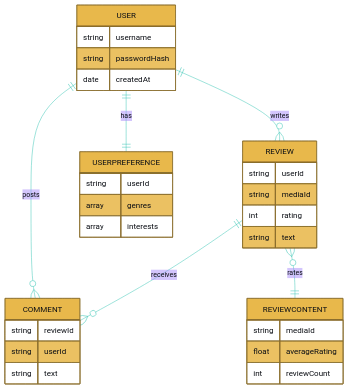
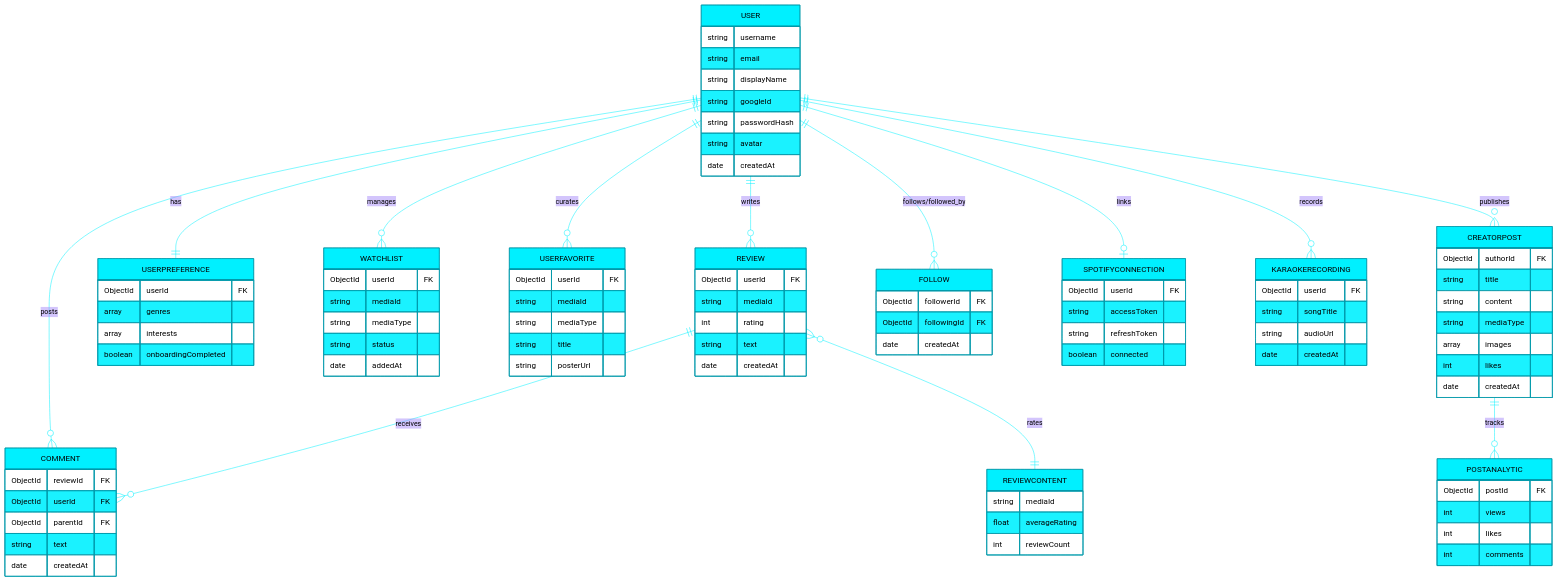
One commit to shiva122019/WatchVerse changed the second of 4 diagrams in readme.md. Above: the diagram before and after it, drawn with Mermaid. The commit also changed other lines of this file, not shown here.

Commit message:
docs: complete README rewrite with animated badges, mermaid diagrams, and comprehensive feature docs

````diff
--- a/readme.md
+++ b/readme.md
@@ -175,44 +298,105 @@
 ```mermaid
 %%{init: {'theme':'base', 'themeVariables': {
-  'primaryColor': '#e8b84b',
-  'primaryTextColor': '#0b0e14',
-  'primaryBorderColor': '#8a6f2e',
-  'secondaryColor': '#3ec6b6',
+  'primaryColor': '#00F0FF',
+  'primaryTextColor': '#000',
+  'primaryBorderColor': '#0099AA',
+  'secondaryColor': '#FFB300',
   'tertiaryColor': '#a78bfa',
-  'lineColor': '#3ec6b6',
-  'fontFamily': 'Arial'
+  'lineColor': '#00F0FF',
+  'fontFamily': 'monospace'
 }}}%%
 erDiagram
     USER ||--o{ REVIEW : writes
     USER ||--o{ COMMENT : posts
     USER ||--|| USERPREFERENCE : has
-    REVIEW ||--o{ COMMENT : "receives"
-    REVIEW }o--|| REVIEWCONTENT : "rates"
+    USER ||--o{ WATCHLIST : manages
+    USER ||--o{ USERFAVORITE : curates
+    USER ||--o{ CREATORPOST : publishes
+    USER ||--o{ FOLLOW : "follows/followed_by"
+    USER ||--o| SPOTIFYCONNECTION : links
+    USER ||--o{ KARAOKERECORDING : records
+    REVIEW ||--o{ COMMENT : receives
+    REVIEW }o--|| REVIEWCONTENT : rates
+    CREATORPOST ||--o{ POSTANALYTIC : tracks
 
     USER {
         string username
+        string email
+        string displayName
+        string googleId
         string passwordHash
+        string avatar
         date createdAt
     }
     REVIEW {
-        string userId
+        ObjectId userId FK
         string mediaId
         int rating
         string text
+        date createdAt
     }
     COMMENT {
-        string reviewId
-        string userId
+        ObjectId reviewId FK
+        ObjectId userId FK
+        ObjectId parentId FK
         string text
+        date createdAt
+    }
+    WATCHLIST {
+        ObjectId userId FK
+        string mediaId
+        string mediaType
+        string status
+        date addedAt
     }
     USERPREFERENCE {
-        string userId
+        ObjectId userId FK
         array genres
         array interests
+        boolean onboardingCompleted
+    }
+    USERFAVORITE {
+        ObjectId userId FK
+        string mediaId
+        string mediaType
+        string title
+        string posterUrl
+    }
+    CREATORPOST {
+        ObjectId authorId FK
+        string title
+        string content
+        string mediaType
+        array images
+        int likes
+        date createdAt
+    }
+    FOLLOW {
+        ObjectId followerId FK
+        ObjectId followingId FK
+        date createdAt
+    }
+    SPOTIFYCONNECTION {
+        ObjectId userId FK
+        string accessToken
+        string refreshToken
+        boolean connected
+    }
+    KARAOKERECORDING {
+        ObjectId userId FK
+        string songTitle
+        string audioUrl
+        date createdAt
     }
     REVIEWCONTENT {
         string mediaId
         float averageRating
         int reviewCount
     }
+    POSTANALYTIC {
+        ObjectId postId FK
+        int views
+        int likes
+        int comments
+    }
 ```
````
